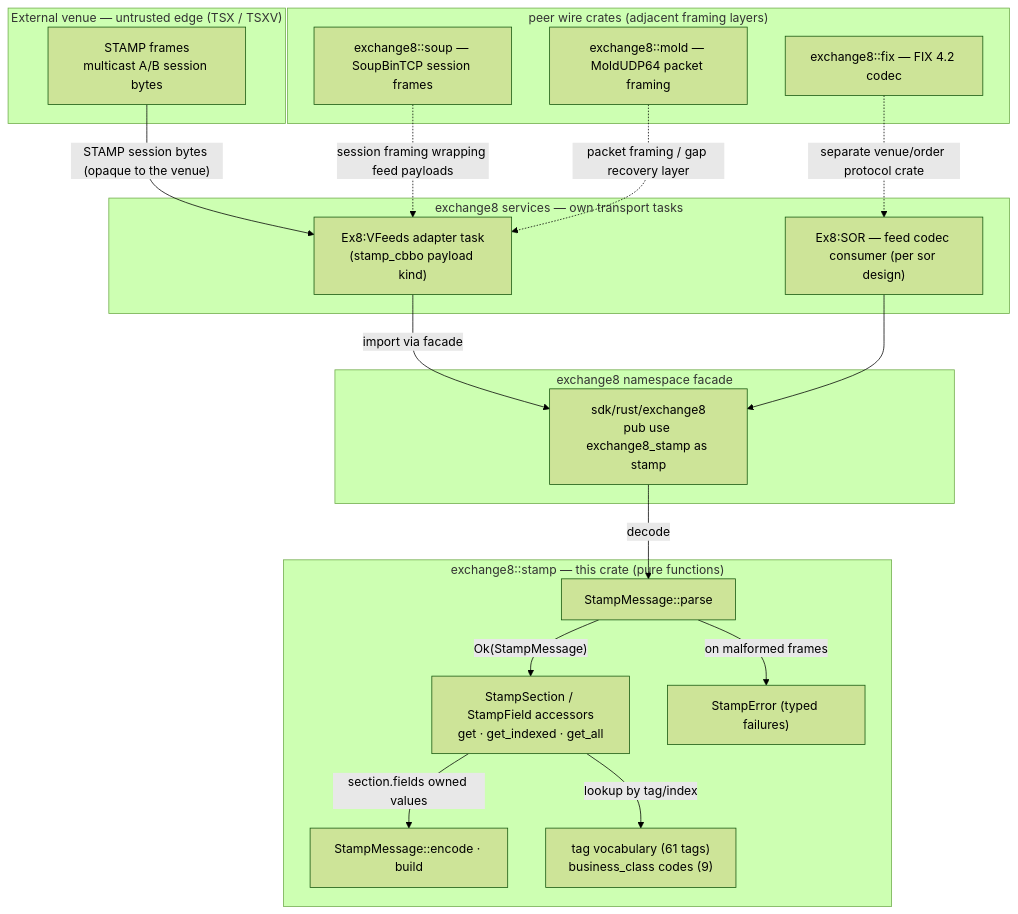
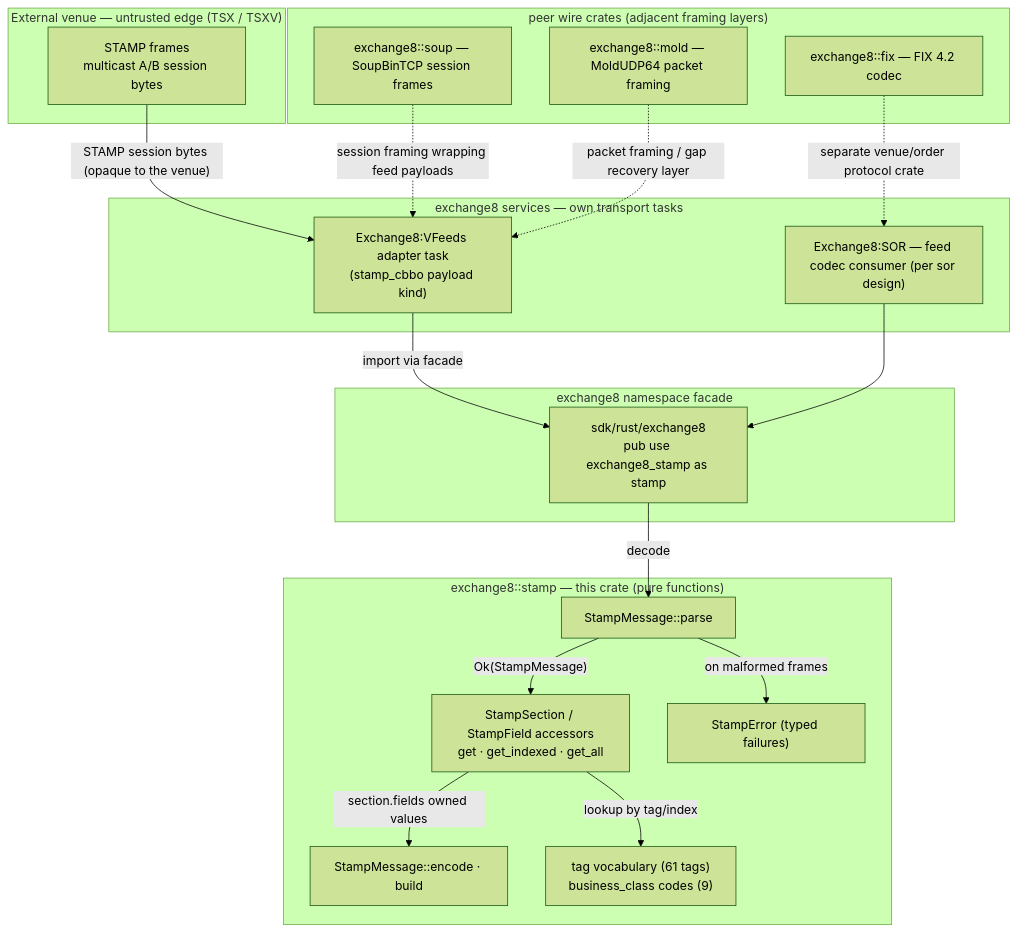
One commit to Exchange8-dev/exchange8-sdk changed the diagram in crates/stamp/README.md. Above: the diagram before and after it, drawn with Mermaid (forest theme). The commit also changed other lines of this file and 29 other files, not shown here.

````diff
--- a/crates/stamp/README.md
+++ b/crates/stamp/README.md
@@ -43,41 +43,41 @@
 ```mermaid
 graph TD
     subgraph VENUE["External venue — untrusted edge (TSX / TSXV)"]
         FEED["STAMP frames<br/>multicast A/B session bytes"]
     end
 
     subgraph CONSUMERS["exchange8 services — own transport tasks"]
-        VF["Ex8:VFeeds adapter task<br/>(stamp_cbbo payload kind)"]
-        SOR["Ex8:SOR — feed codec consumer (per sor design)"]
+        VF["Exchange8:VFeeds adapter task<br/>(stamp_cbbo payload kind)"]
+        SOR["Exchange8:SOR — feed codec consumer (per sor design)"]
     end
 
     subgraph FACADE["exchange8 namespace facade"]
         SDK["sdk/rust/exchange8<br/>pub use exchange8_stamp as stamp"]
     end
 
     subgraph CRATE["exchange8::stamp — this crate (pure functions)"]
         PARSE["StampMessage::parse"]
         SECT["StampSection / StampField accessors<br/>get · get_indexed · get_all"]
         ENCODE["StampMessage::encode · build"]
         VOCAB["tag vocabulary (61 tags)<br/>business_class codes (9)"]
         ERR["StampError (typed failures)"]
     end
 
     subgraph PEERS["peer wire crates (adjacent framing layers)"]
         SOUP["exchange8::soup — SoupBinTCP session frames"]
         MOLD["exchange8::mold — MoldUDP64 packet framing"]
         FIX["exchange8::fix — FIX 4.2 codec"]
     end
 
     FEED -->|"STAMP session bytes (opaque to the venue)"| VF
     VF -->|"import via facade"| SDK
     SOR --> SDK
     SDK -->|"decode"| PARSE
     PARSE -->|"Ok(StampMessage)"| SECT
     PARSE -->|"on malformed frames"| ERR
     SECT -->|"section.fields owned values"| ENCODE
     SECT -->|"lookup by tag/index"| VOCAB
     SOUP -.->|"session framing wrapping feed payloads"| VF
     MOLD -.->|"packet framing / gap recovery layer"| VF
     FIX -. "separate venue/order protocol crate" .-> SOR
 ```
````
